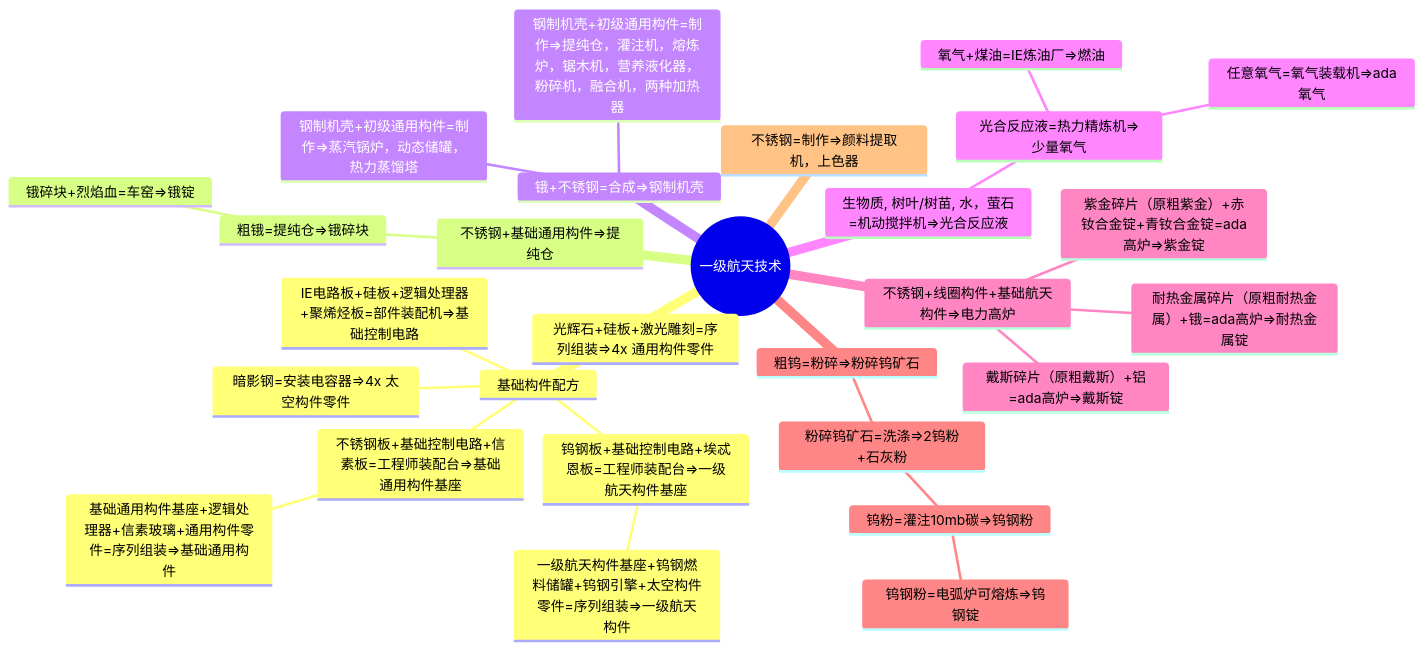
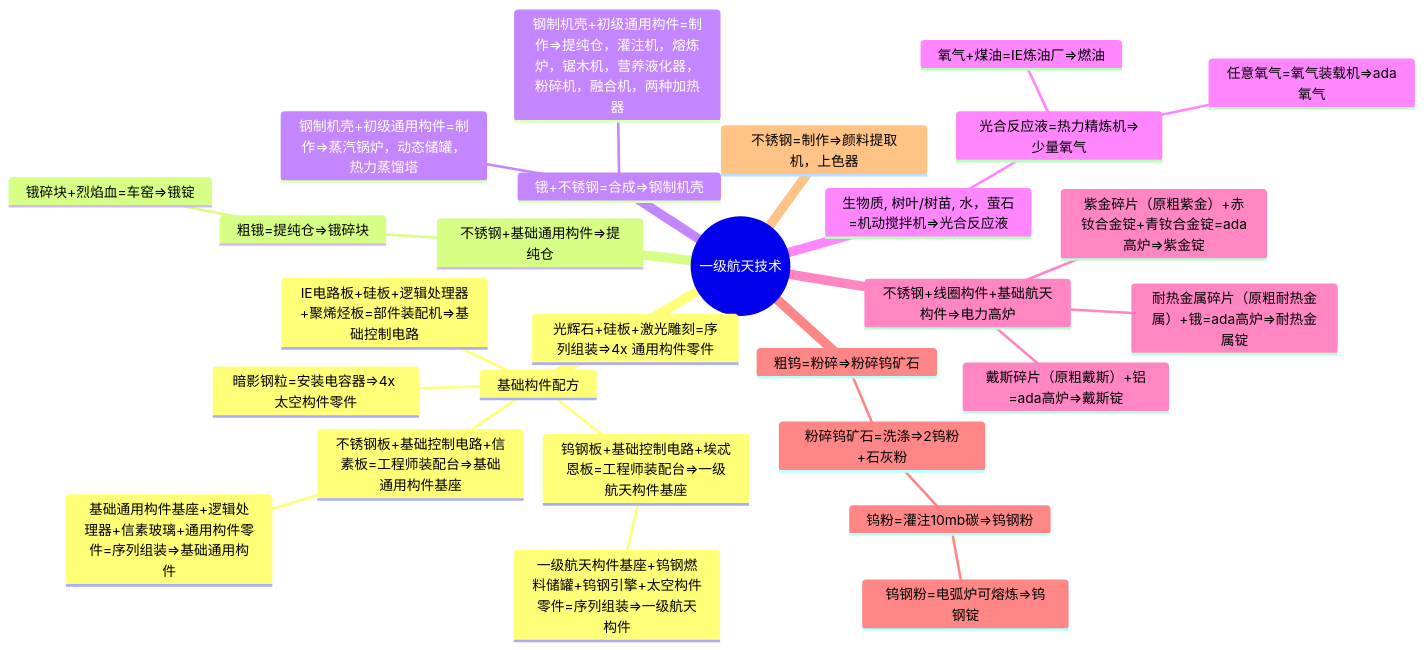
The first of 4 diagrams in Developer/TechTreeMap.md (VechniMetel/CodeNameCIM2), drawn with Mermaid before and after one commit. The commit also changed 9 other files, not shown here.

````diff
--- a/Developer/TechTreeMap.md
+++ b/Developer/TechTreeMap.md
@@ -2,31 +2,31 @@
 ``` mermaid
 mindmap
     root((一级航天技术))
         基础构件配方
             IE电路板+硅板+逻辑处理器+聚烯烃板=部件装配机=>基础控制电路
             光辉石+硅板+激光雕刻=序列组装=>4x 通用构件零件
-            暗影钢=安装电容器=>4x 太空构件零件
+            暗影钢粒=安装电容器=>4x 太空构件零件
             钨钢板+基础控制电路+埃忒恩板=工程师装配台=>一级航天构件基座
                 一级航天构件基座+钨钢燃料储罐+钨钢引擎+太空构件零件=序列组装=>一级航天构件
             不锈钢板+基础控制电路+信素板=工程师装配台=>基础通用构件基座
                 基础通用构件基座+逻辑处理器+信素玻璃+通用构件零件=序列组装=>基础通用构件
         不锈钢+基础通用构件=>提纯仓
             粗锇=提纯仓=>锇碎块
                 锇碎块+烈焰血=车窑=>锇锭
         锇+不锈钢=合成=>钢制机壳
             钢制机壳+初级通用构件=制作=>提纯仓，灌注机，熔炼炉，锯木机，营养液化器，粉碎机，融合机，两种加热器
             钢制机壳+初级通用构件=制作=>蒸汽锅炉，动态储罐，热力蒸馏塔
         生物质, 树叶/树苗, 水，萤石=机动搅拌机=>光合反应液
             光合反应液=热力精炼机=>少量氧气
                 氧气+煤油=IE炼油厂=>燃油
                 任意氧气=氧气装载机=>ada氧气
         不锈钢+线圈构件+基础航天构件=>电力高炉
             戴斯碎片（原粗戴斯）+铝=ada高炉=>戴斯锭
             紫金碎片（原粗紫金）+赤钕合金锭+青钕合金锭=ada高炉=>紫金锭
             耐热金属碎片（原粗耐热金属）+锇=ada高炉=>耐热金属锭
         粗钨=粉碎=>粉碎钨矿石
             粉碎钨矿石=洗涤=>2钨粉+石灰粉
                 钨粉=灌注10mb碳=>钨钢粉
                     钨钢粉=电弧炉可熔炼=>钨钢锭
         不锈钢=制作=>颜料提取机，上色器
 ```
````
